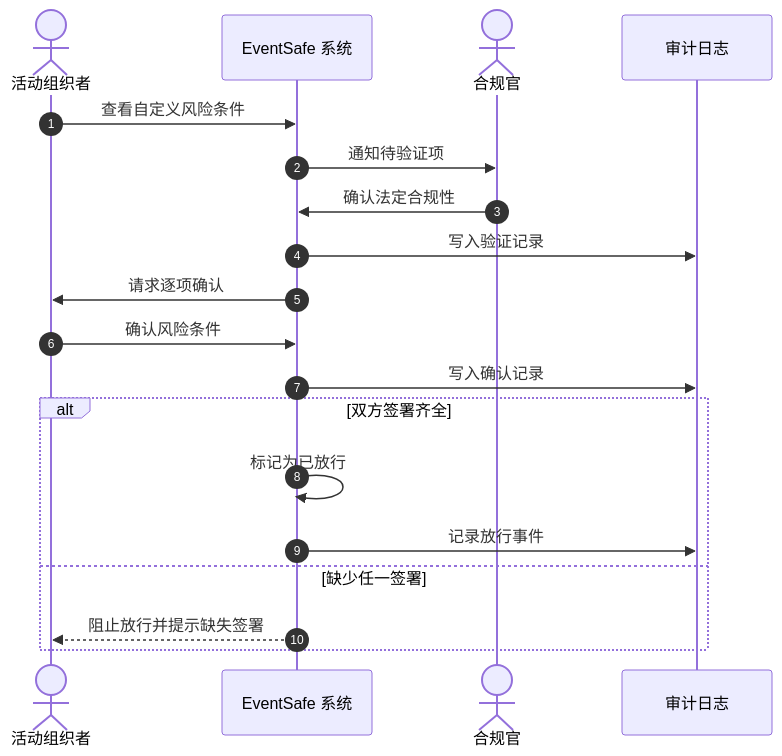
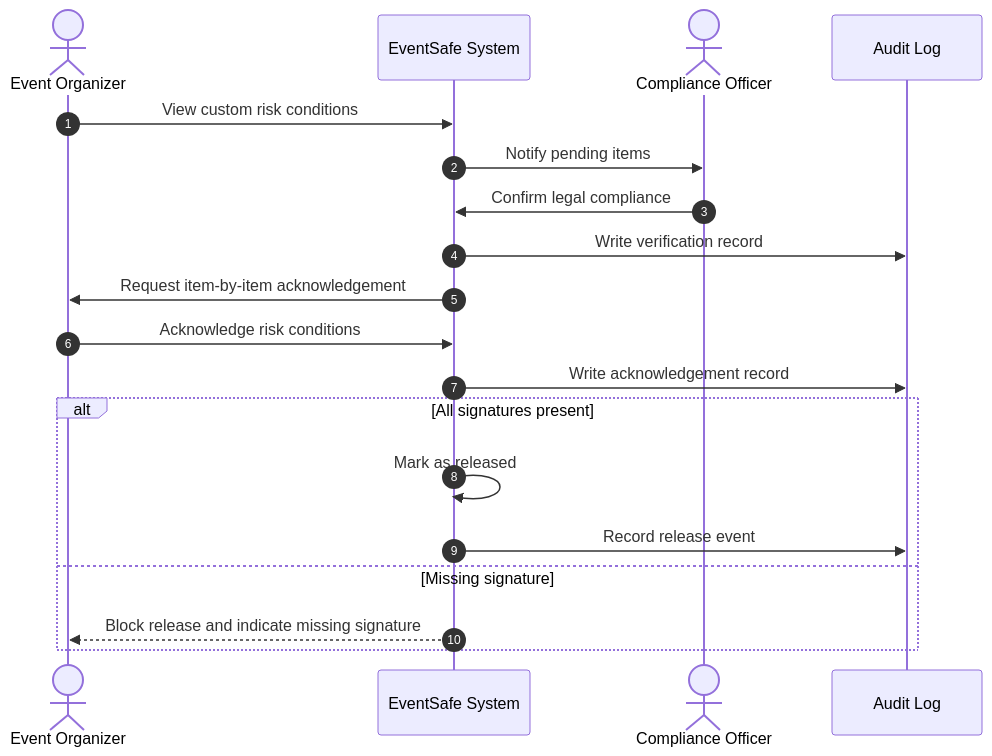
Before and after one commit to melvinchia3636/sd-ga-assets: the diagram in dual-approval-sequence.mmd, drawn with Mermaid. The commit also changed 7 other files, not shown here.

Commit message:
diagram update

```diff
--- a/dual-approval-sequence.mmd
+++ b/dual-approval-sequence.mmd
@@ -1,21 +1,21 @@
 sequenceDiagram
   autonumber
-  actor O as 活动组织者
-  participant S as EventSafe 系统
-  actor C as 合规官
-  participant A as 审计日志
+  actor O as Event Organizer
+  participant S as EventSafe System
+  actor C as Compliance Officer
+  participant A as Audit Log
 
-  O->>S: 查看自定义风险条件
-  S->>C: 通知待验证项
-  C->>S: 确认法定合规性
-  S->>A: 写入验证记录
-  S->>O: 请求逐项确认
-  O->>S: 确认风险条件
-  S->>A: 写入确认记录
+  O->>S: View custom risk conditions
+  S->>C: Notify pending items
+  C->>S: Confirm legal compliance
+  S->>A: Write verification record
+  S->>O: Request item-by-item acknowledgement
+  O->>S: Acknowledge risk conditions
+  S->>A: Write acknowledgement record
 
-  alt 双方签署齐全
-    S->>S: 标记为已放行
-    S->>A: 记录放行事件
-  else 缺少任一签署
-    S-->>O: 阻止放行并提示缺失签署
+  alt All signatures present
+    S->>S: Mark as released
+    S->>A: Record release event
+  else Missing signature
+    S-->>O: Block release and indicate missing signature
   end
```
